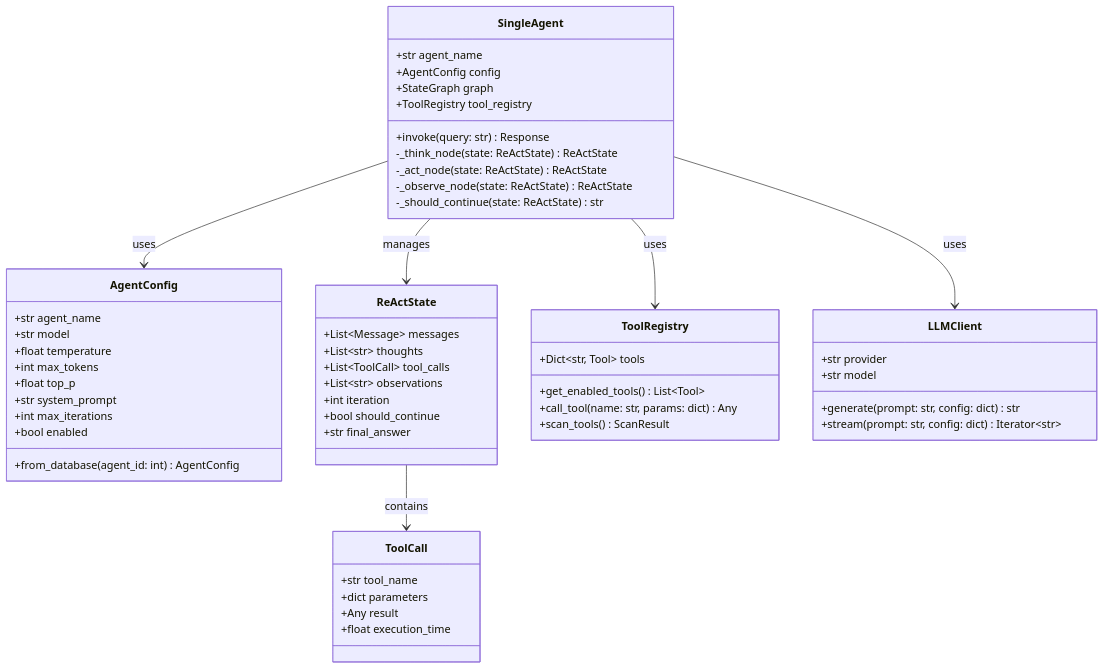
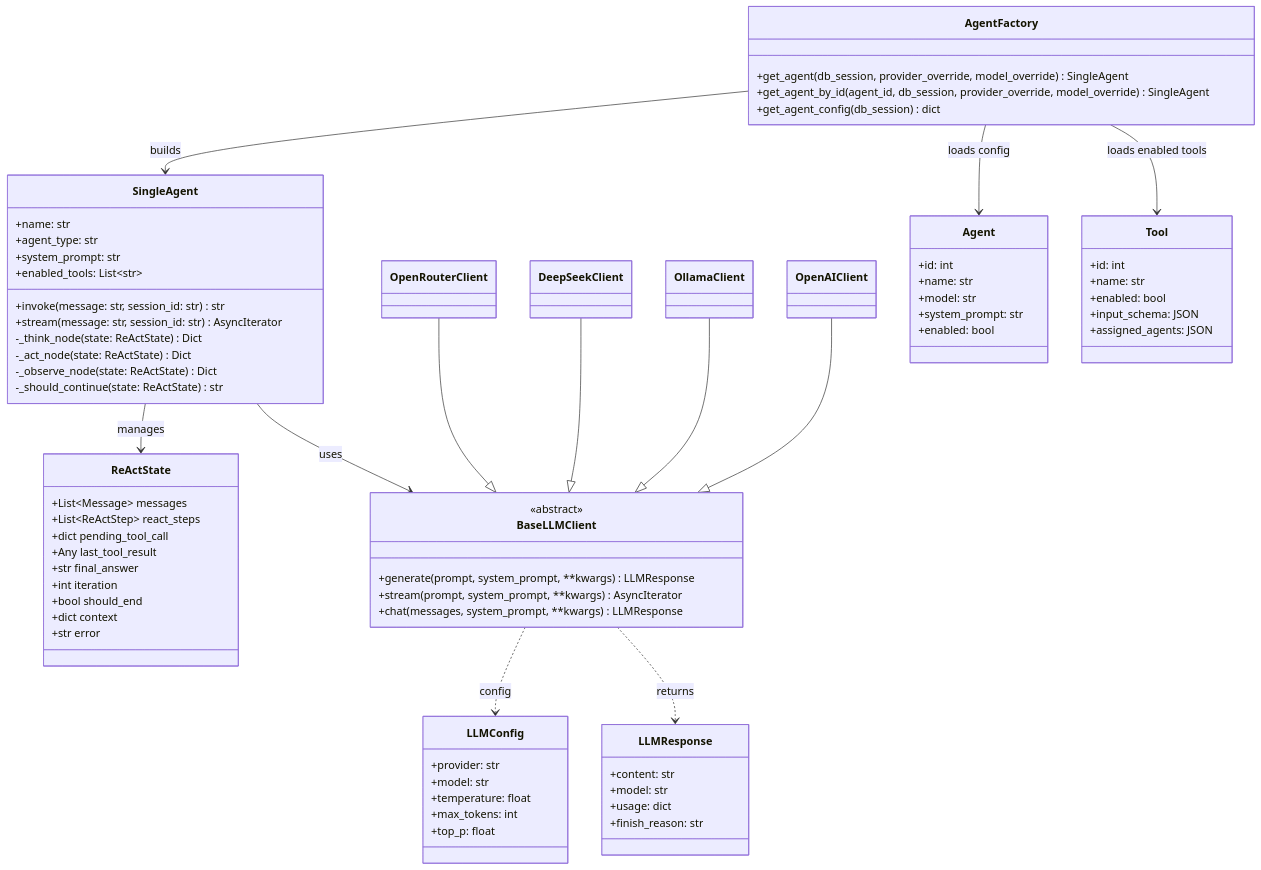
One commit to espresso23/Petties-Veterinary-Appointment-Booking-Platform changed diagram 15 of 19 in docs-references/documentation/SDD/AI_AGENT_SERVICE_SDD.md. Above: the diagram before and after it, drawn with Mermaid. The commit also changed other lines of this file and 25 other files, not shown here.

````diff
--- a/docs-references/documentation/SDD/AI_AGENT_SERVICE_SDD.md
+++ b/docs-references/documentation/SDD/AI_AGENT_SERVICE_SDD.md
@@ -1456,63 +1426,90 @@
 ```mermaid
 classDiagram
+  class AgentFactory {
+    +get_agent(db_session, provider_override, model_override) SingleAgent
+    +get_agent_by_id(agent_id, db_session, provider_override, model_override) SingleAgent
+    +get_agent_config(db_session) dict
+  }
+
     class SingleAgent {
-        +str agent_name
-        +AgentConfig config
-        +StateGraph graph
-        +ToolRegistry tool_registry
-        +invoke(query: str) Response
-        -_think_node(state: ReActState) ReActState
-        -_act_node(state: ReActState) ReActState
-        -_observe_node(state: ReActState) ReActState
-        -_should_continue(state: ReActState) str
-    }
-
-    class AgentConfig {
-        +str agent_name
-        +str model
-        +float temperature
-        +int max_tokens
-        +float top_p
-        +str system_prompt
-        +int max_iterations
-        +bool enabled
-        +from_database(agent_id: int) AgentConfig
+    +name: str
+    +agent_type: str
+    +system_prompt: str
+    +enabled_tools: List~str~
+    +invoke(message: str, session_id: str) str
+    +stream(message: str, session_id: str) AsyncIterator
+    -_think_node(state: ReActState) Dict
+    -_act_node(state: ReActState) Dict
+    -_observe_node(state: ReActState) Dict
+    -_should_continue(state: ReActState) str
     }
 
     class ReActState {
         +List~Message~ messages
-        +List~str~ thoughts
-        +List~ToolCall~ tool_calls
-        +List~str~ observations
+    +List~ReActStep~ react_steps
+    +dict pending_tool_call
+    +Any last_tool_result
+    +str final_answer
         +int iteration
-        +bool should_continue
-        +str final_answer
+    +bool should_end
+    +dict context
+    +str error
     }
 
-    class ToolRegistry {
-        +Dict~str, Tool~ tools
-        +get_enabled_tools() List~Tool~
-        +call_tool(name: str, params: dict) Any
-        +scan_tools() ScanResult
+  class BaseLLMClient {
+    <<abstract>>
+    +generate(prompt, system_prompt, **kwargs) LLMResponse
+    +stream(prompt, system_prompt, **kwargs) AsyncIterator
+    +chat(messages, system_prompt, **kwargs) LLMResponse
     }
 
-    class ToolCall {
-        +str tool_name
-        +dict parameters
-        +Any result
-        +float execution_time
+  class OpenRouterClient
+  class DeepSeekClient
+  class OllamaClient
+  class OpenAIClient
+
+  class LLMConfig {
+    +provider: str
+    +model: str
+    +temperature: float
+    +max_tokens: int
+    +top_p: float
+  }
+
+  class LLMResponse {
+    +content: str
+    +model: str
+    +usage: dict
+    +finish_reason: str
+  }
+
+  class Agent {
+    +id: int
+    +name: str
+    +model: str
+    +system_prompt: str
+    +enabled: bool
+  }
+
+  class Tool {
+    +id: int
+    +name: str
+    +enabled: bool
+    +input_schema: JSON
+    +assigned_agents: JSON
     }
 
-    class LLMClient {
-        +str provider
-        +str model
-        +generate(prompt: str, config: dict) str
-        +stream(prompt: str, config: dict) Iterator~str~
-    }
+  AgentFactory --> SingleAgent : builds
+  AgentFactory --> Agent : loads config
+  AgentFactory --> Tool : loads enabled tools
 
-    SingleAgent --> AgentConfig : uses
     SingleAgent --> ReActState : manages
-    SingleAgent --> ToolRegistry : uses
-    SingleAgent --> LLMClient : uses
-    ReActState --> ToolCall : contains
+  SingleAgent --> BaseLLMClient : uses
+  BaseLLMClient ..> LLMConfig : config
+  BaseLLMClient ..> LLMResponse : returns
+
+  OpenRouterClient --|> BaseLLMClient
+  DeepSeekClient --|> BaseLLMClient
+  OllamaClient --|> BaseLLMClient
+  OpenAIClient --|> BaseLLMClient
 ```
````
